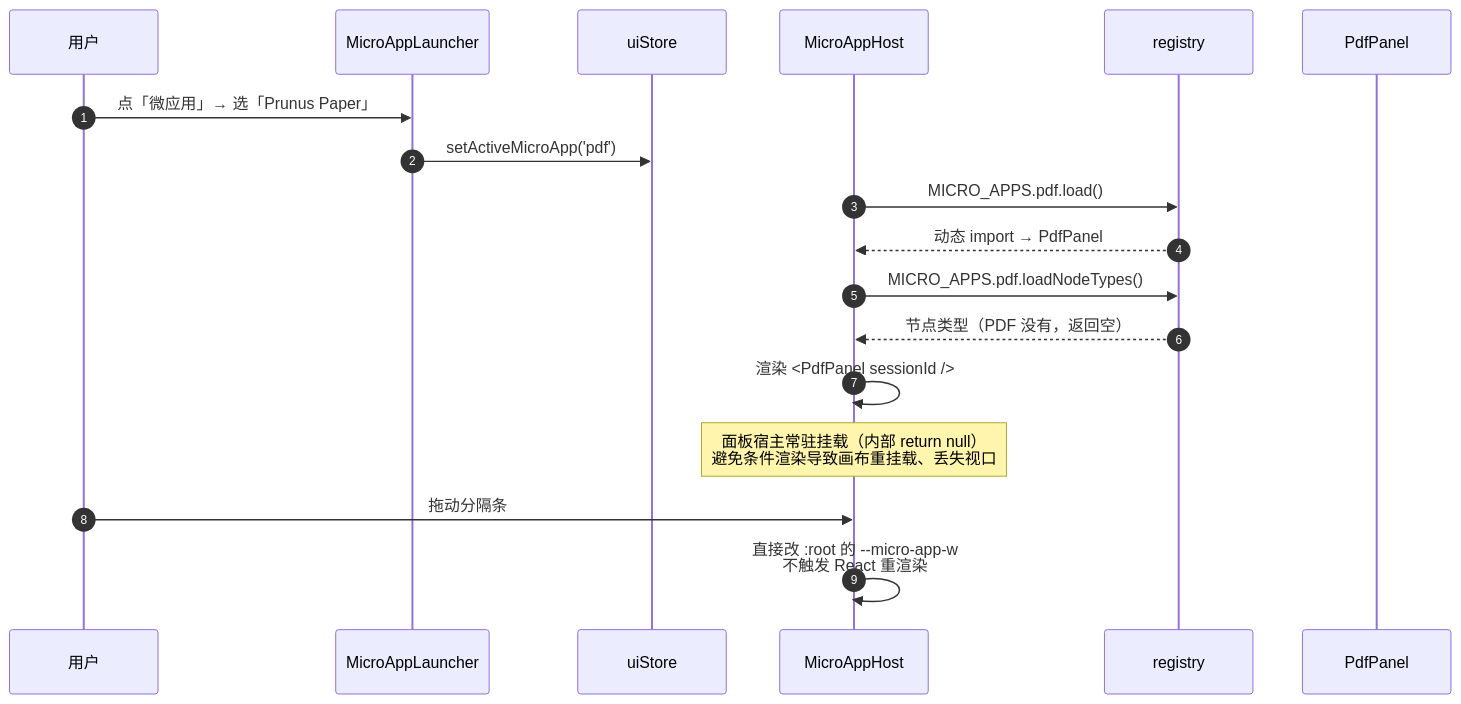
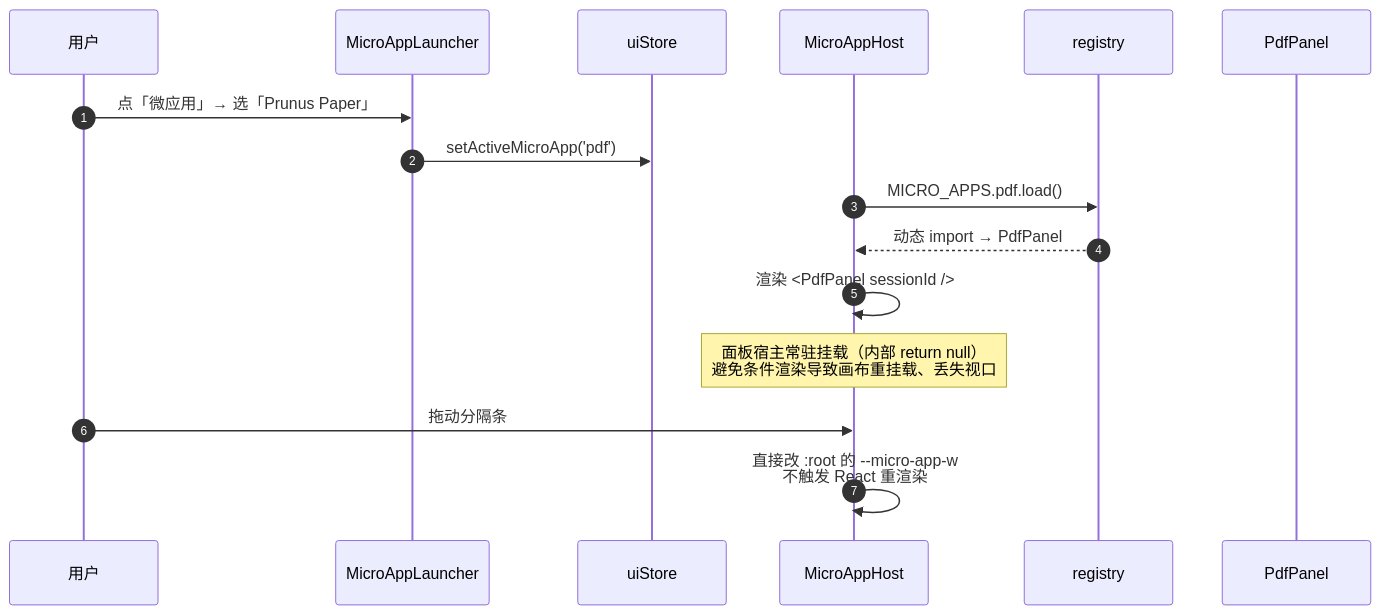
Diagram 14 of 23 in docs/ARCHITECTURE.md (ozzzzzh/Prunus), drawn with Mermaid before and after one commit. The commit also changed other lines of this file and 13 other files, not shown here.

````diff
--- a/docs/ARCHITECTURE.md
+++ b/docs/ARCHITECTURE.md
@@ -578,21 +582,19 @@
 ```mermaid
 sequenceDiagram
   autonumber
   participant U as 用户
   participant L as MicroAppLauncher
   participant UI as uiStore
   participant H as MicroAppHost
   participant R as registry
   participant P as PdfPanel
 
   U->>L: 点「微应用」→ 选「Prunus Paper」
   L->>UI: setActiveMicroApp('pdf')
   H->>R: MICRO_APPS.pdf.load()
   R-->>H: 动态 import → PdfPanel
-  H->>R: MICRO_APPS.pdf.loadNodeTypes()
-  R-->>H: 节点类型（PDF 没有，返回空）
   H->>H: 渲染 <PdfPanel sessionId />
   Note over H: 面板宿主常驻挂载（内部 return null）<br/>避免条件渲染导致画布重挂载、丢失视口
   U->>H: 拖动分隔条
   H->>H: 直接改 :root 的 --micro-app-w<br/>不触发 React 重渲染
 ```
````
